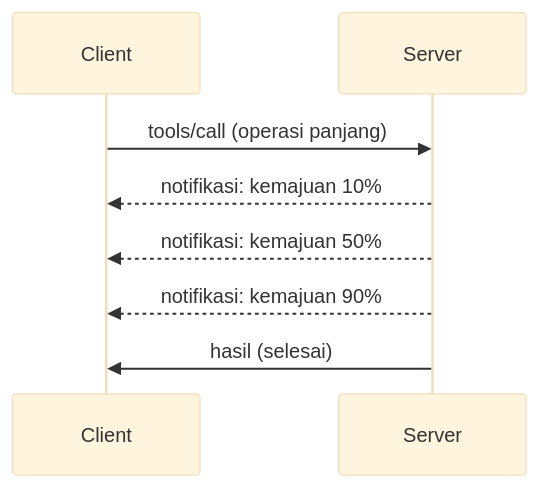
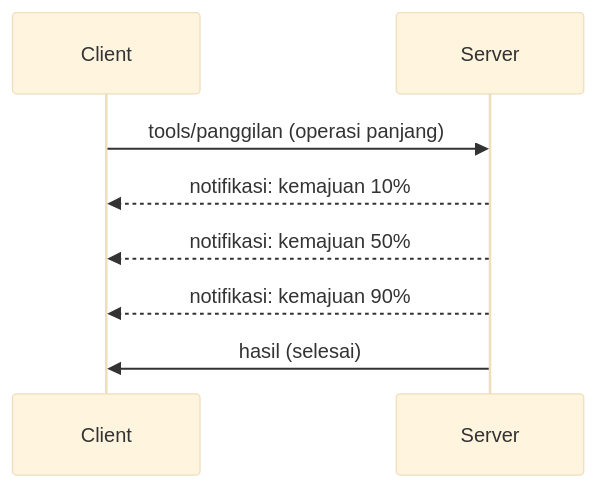
One commit to HIDORAKAI002/ai-workspace-archive changed the diagram in mcp_ecosystem__model_context_protocol/mcp_learning_resources/mcp-for-beginners/translations/id/05-AdvancedTopics/mcp-protocol-features/README.md. Above: the diagram before and after it, drawn with Mermaid (base theme). The commit also changed other lines of this file and 1046 other files, not shown here.

````diff
--- a/mcp_ecosystem__model_context_protocol/mcp_learning_resources/mcp-for-beginners/translations/id/05-AdvancedTopics/mcp-protocol-features/README.md
+++ b/mcp_ecosystem__model_context_protocol/mcp_learning_resources/mcp-for-beginners/translations/id/05-AdvancedTopics/mcp-protocol-features/README.md
@@ -22,11 +24,11 @@
 ```mermaid
 sequenceDiagram
     participant Client
     participant Server
     
-    Client->>Server: tools/call (operasi panjang)
+    Client->>Server: tools/panggilan (operasi panjang)
     Server-->>Client: notifikasi: kemajuan 10%
     Server-->>Client: notifikasi: kemajuan 50%
     Server-->>Client: notifikasi: kemajuan 90%
     Server->>Client: hasil (selesai)
 ```
````
